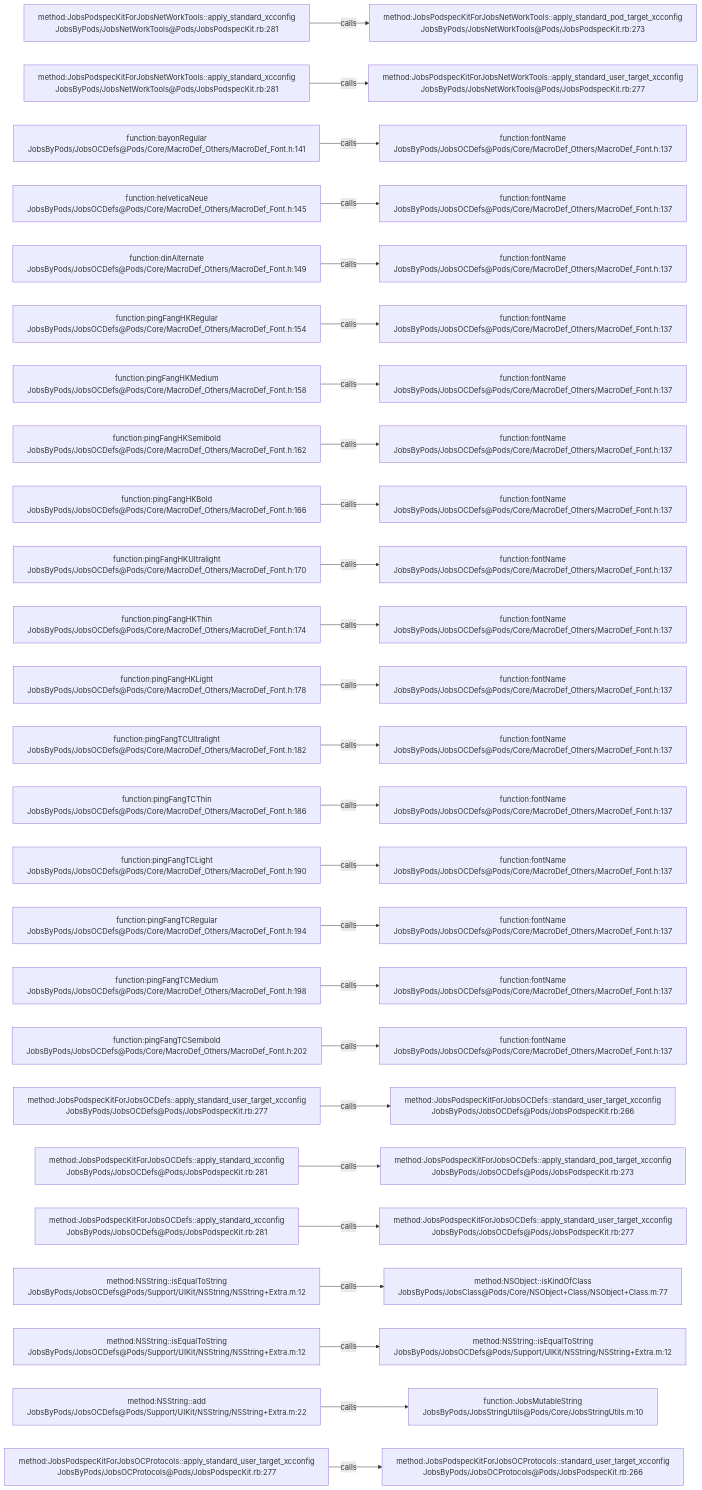
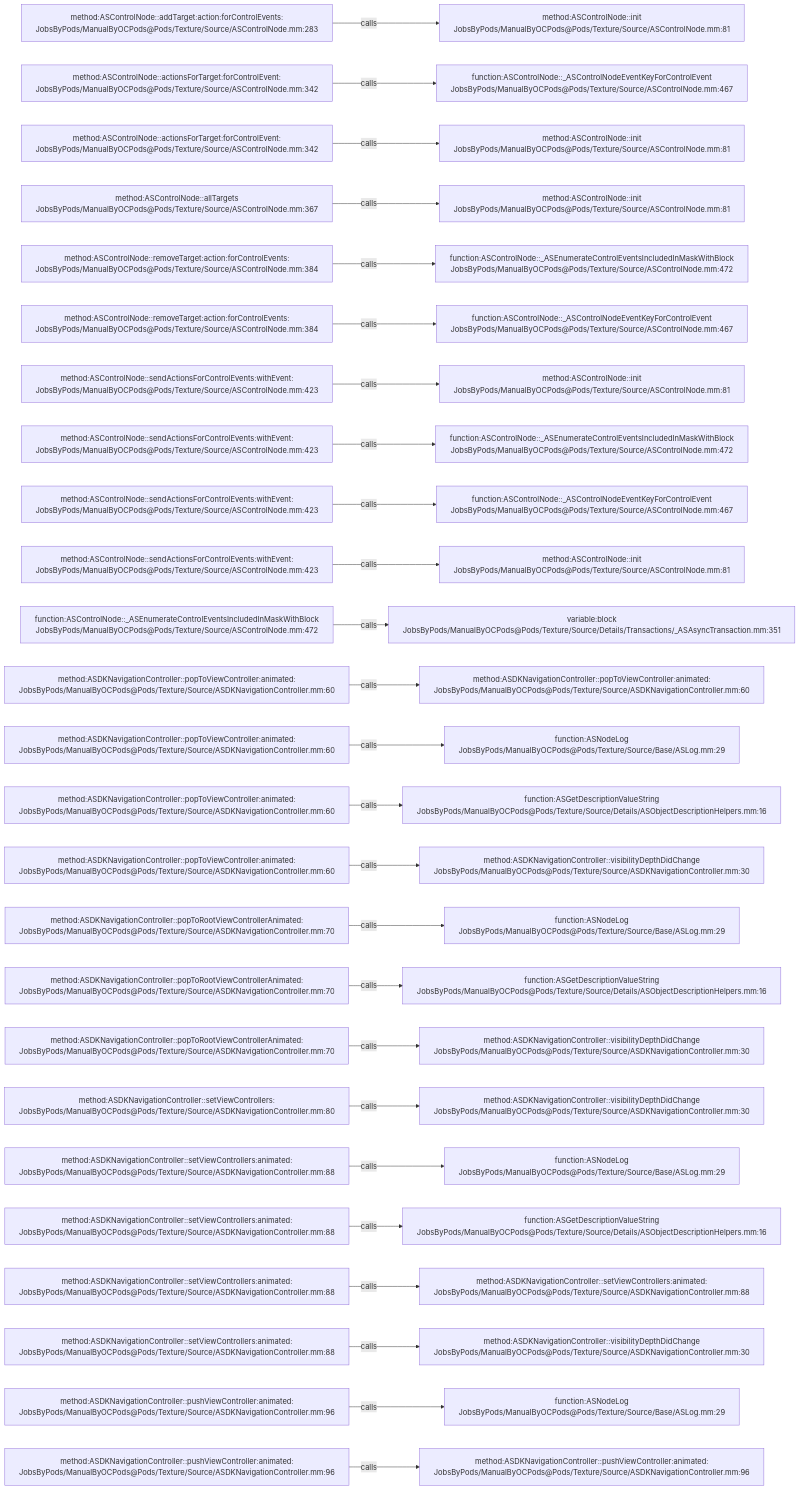
Before and after one commit to JobsKits/JobsOCBaseConfigDemo: the diagram in .codegraph/codegraph.md/graphs/calls-095.md, drawn with Mermaid. The commit also changed 2162 other files, not shown here.

````diff
--- a/.codegraph/codegraph.md/graphs/calls-095.md
+++ b/.codegraph/codegraph.md/graphs/calls-095.md
@@ -13,78 +13,78 @@
 ```mermaid
 flowchart LR
-  S1["method:JobsPodspecKitForJobsNetWorkTools::apply_standard_xcconfig<br/>JobsByPods/JobsNetWorkTools@Pods/JobsPodspecKit.rb:281"]
-  T1["method:JobsPodspecKitForJobsNetWorkTools::apply_standard_pod_target_xcconfig<br/>JobsByPods/JobsNetWorkTools@Pods/JobsPodspecKit.rb:273"]
+  S1["method:ASControlNode::addTarget:action:forControlEvents:<br/>JobsByPods/ManualByOCPods@Pods/Texture/Source/ASControlNode.mm:283"]
+  T1["method:ASControlNode::init<br/>JobsByPods/ManualByOCPods@Pods/Texture/Source/ASControlNode.mm:81"]
   S1 -->|calls| T1
-  S2["method:JobsPodspecKitForJobsNetWorkTools::apply_standard_xcconfig<br/>JobsByPods/JobsNetWorkTools@Pods/JobsPodspecKit.rb:281"]
-  T2["method:JobsPodspecKitForJobsNetWorkTools::apply_standard_user_target_xcconfig<br/>JobsByPods/JobsNetWorkTools@Pods/JobsPodspecKit.rb:277"]
+  S2["method:ASControlNode::actionsForTarget:forControlEvent:<br/>JobsByPods/ManualByOCPods@Pods/Texture/Source/ASControlNode.mm:342"]
+  T2["function:ASControlNode::_ASControlNodeEventKeyForControlEvent<br/>JobsByPods/ManualByOCPods@Pods/Texture/Source/ASControlNode.mm:467"]
   S2 -->|calls| T2
-  S3["function:bayonRegular<br/>JobsByPods/JobsOCDefs@Pods/Core/MacroDef_Others/MacroDef_Font.h:141"]
-  T3["function:fontName<br/>JobsByPods/JobsOCDefs@Pods/Core/MacroDef_Others/MacroDef_Font.h:137"]
+  S3["method:ASControlNode::actionsForTarget:forControlEvent:<br/>JobsByPods/ManualByOCPods@Pods/Texture/Source/ASControlNode.mm:342"]
+  T3["method:ASControlNode::init<br/>JobsByPods/ManualByOCPods@Pods/Texture/Source/ASControlNode.mm:81"]
   S3 -->|calls| T3
-  S4["function:helveticaNeue<br/>JobsByPods/JobsOCDefs@Pods/Core/MacroDef_Others/MacroDef_Font.h:145"]
-  T4["function:fontName<br/>JobsByPods/JobsOCDefs@Pods/Core/MacroDef_Others/MacroDef_Font.h:137"]
+  S4["method:ASControlNode::allTargets<br/>JobsByPods/ManualByOCPods@Pods/Texture/Source/ASControlNode.mm:367"]
+  T4["method:ASControlNode::init<br/>JobsByPods/ManualByOCPods@Pods/Texture/Source/ASControlNode.mm:81"]
   S4 -->|calls| T4
-  S5["function:dinAlternate<br/>JobsByPods/JobsOCDefs@Pods/Core/MacroDef_Others/MacroDef_Font.h:149"]
-  T5["function:fontName<br/>JobsByPods/JobsOCDefs@Pods/Core/MacroDef_Others/MacroDef_Font.h:137"]
+  S5["method:ASControlNode::removeTarget:action:forControlEvents:<br/>JobsByPods/ManualByOCPods@Pods/Texture/Source/ASControlNode.mm:384"]
+  T5["function:ASControlNode::_ASEnumerateControlEventsIncludedInMaskWithBlock<br/>JobsByPods/ManualByOCPods@Pods/Texture/Source/ASControlNode.mm:472"]
   S5 -->|calls| T5
-  S6["function:pingFangHKRegular<br/>JobsByPods/JobsOCDefs@Pods/Core/MacroDef_Others/MacroDef_Font.h:154"]
-  T6["function:fontName<br/>JobsByPods/JobsOCDefs@Pods/Core/MacroDef_Others/MacroDef_Font.h:137"]
+  S6["method:ASControlNode::removeTarget:action:forControlEvents:<br/>JobsByPods/ManualByOCPods@Pods/Texture/Source/ASControlNode.mm:384"]
+  T6["function:ASControlNode::_ASControlNodeEventKeyForControlEvent<br/>JobsByPods/ManualByOCPods@Pods/Texture/Source/ASControlNode.mm:467"]
   S6 -->|calls| T6
-  S7["function:pingFangHKMedium<br/>JobsByPods/JobsOCDefs@Pods/Core/MacroDef_Others/MacroDef_Font.h:158"]
-  T7["function:fontName<br/>JobsByPods/JobsOCDefs@Pods/Core/MacroDef_Others/MacroDef_Font.h:137"]
+  S7["method:ASControlNode::sendActionsForControlEvents:withEvent:<br/>JobsByPods/ManualByOCPods@Pods/Texture/Source/ASControlNode.mm:423"]
+  T7["method:ASControlNode::init<br/>JobsByPods/ManualByOCPods@Pods/Texture/Source/ASControlNode.mm:81"]
   S7 -->|calls| T7
-  S8["function:pingFangHKSemibold<br/>JobsByPods/JobsOCDefs@Pods/Core/MacroDef_Others/MacroDef_Font.h:162"]
-  T8["function:fontName<br/>JobsByPods/JobsOCDefs@Pods/Core/MacroDef_Others/MacroDef_Font.h:137"]
+  S8["method:ASControlNode::sendActionsForControlEvents:withEvent:<br/>JobsByPods/ManualByOCPods@Pods/Texture/Source/ASControlNode.mm:423"]
+  T8["function:ASControlNode::_ASEnumerateControlEventsIncludedInMaskWithBlock<br/>JobsByPods/ManualByOCPods@Pods/Texture/Source/ASControlNode.mm:472"]
   S8 -->|calls| T8
-  S9["function:pingFangHKBold<br/>JobsByPods/JobsOCDefs@Pods/Core/MacroDef_Others/MacroDef_Font.h:166"]
-  T9["function:fontName<br/>JobsByPods/JobsOCDefs@Pods/Core/MacroDef_Others/MacroDef_Font.h:137"]
+  S9["method:ASControlNode::sendActionsForControlEvents:withEvent:<br/>JobsByPods/ManualByOCPods@Pods/Texture/Source/ASControlNode.mm:423"]
+  T9["function:ASControlNode::_ASControlNodeEventKeyForControlEvent<br/>JobsByPods/ManualByOCPods@Pods/Texture/Source/ASControlNode.mm:467"]
   S9 -->|calls| T9
-  S10["function:pingFangHKUltralight<br/>JobsByPods/JobsOCDefs@Pods/Core/MacroDef_Others/MacroDef_Font.h:170"]
-  T10["function:fontName<br/>JobsByPods/JobsOCDefs@Pods/Core/MacroDef_Others/MacroDef_Font.h:137"]
+  S10["method:ASControlNode::sendActionsForControlEvents:withEvent:<br/>JobsByPods/ManualByOCPods@Pods/Texture/Source/ASControlNode.mm:423"]
+  T10["method:ASControlNode::init<br/>JobsByPods/ManualByOCPods@Pods/Texture/Source/ASControlNode.mm:81"]
   S10 -->|calls| T10
-  S11["function:pingFangHKThin<br/>JobsByPods/JobsOCDefs@Pods/Core/MacroDef_Others/MacroDef_Font.h:174"]
-  T11["function:fontName<br/>JobsByPods/JobsOCDefs@Pods/Core/MacroDef_Others/MacroDef_Font.h:137"]
+  S11["function:ASControlNode::_ASEnumerateControlEventsIncludedInMaskWithBlock<br/>JobsByPods/ManualByOCPods@Pods/Texture/Source/ASControlNode.mm:472"]
+  T11["variable:block<br/>JobsByPods/ManualByOCPods@Pods/Texture/Source/Details/Transactions/_ASAsyncTransaction.mm:351"]
   S11 -->|calls| T11
-  S12["function:pingFangHKLight<br/>JobsByPods/JobsOCDefs@Pods/Core/MacroDef_Others/MacroDef_Font.h:178"]
-  T12["function:fontName<br/>JobsByPods/JobsOCDefs@Pods/Core/MacroDef_Others/MacroDef_Font.h:137"]
+  S12["method:ASDKNavigationController::popToViewController:animated:<br/>JobsByPods/ManualByOCPods@Pods/Texture/Source/ASDKNavigationController.mm:60"]
+  T12["method:ASDKNavigationController::popToViewController:animated:<br/>JobsByPods/ManualByOCPods@Pods/Texture/Source/ASDKNavigationController.mm:60"]
   S12 -->|calls| T12
-  S13["function:pingFangTCUltralight<br/>JobsByPods/JobsOCDefs@Pods/Core/MacroDef_Others/MacroDef_Font.h:182"]
-  T13["function:fontName<br/>JobsByPods/JobsOCDefs@Pods/Core/MacroDef_Others/MacroDef_Font.h:137"]
+  S13["method:ASDKNavigationController::popToViewController:animated:<br/>JobsByPods/ManualByOCPods@Pods/Texture/Source/ASDKNavigationController.mm:60"]
+  T13["function:ASNodeLog<br/>JobsByPods/ManualByOCPods@Pods/Texture/Source/Base/ASLog.mm:29"]
   S13 -->|calls| T13
-  S14["function:pingFangTCThin<br/>JobsByPods/JobsOCDefs@Pods/Core/MacroDef_Others/MacroDef_Font.h:186"]
-  T14["function:fontName<br/>JobsByPods/JobsOCDefs@Pods/Core/MacroDef_Others/MacroDef_Font.h:137"]
+  S14["method:ASDKNavigationController::popToViewController:animated:<br/>JobsByPods/ManualByOCPods@Pods/Texture/Source/ASDKNavigationController.mm:60"]
+  T14["function:ASGetDescriptionValueString<br/>JobsByPods/ManualByOCPods@Pods/Texture/Source/Details/ASObjectDescriptionHelpers.mm:16"]
   S14 -->|calls| T14
-  S15["function:pingFangTCLight<br/>JobsByPods/JobsOCDefs@Pods/Core/MacroDef_Others/MacroDef_Font.h:190"]
-  T15["function:fontName<br/>JobsByPods/JobsOCDefs@Pods/Core/MacroDef_Others/MacroDef_Font.h:137"]
+  S15["method:ASDKNavigationController::popToViewController:animated:<br/>JobsByPods/ManualByOCPods@Pods/Texture/Source/ASDKNavigationController.mm:60"]
+  T15["method:ASDKNavigationController::visibilityDepthDidChange<br/>JobsByPods/ManualByOCPods@Pods/Texture/Source/ASDKNavigationController.mm:30"]
   S15 -->|calls| T15
-  S16["function:pingFangTCRegular<br/>JobsByPods/JobsOCDefs@Pods/Core/MacroDef_Others/MacroDef_Font.h:194"]
-  T16["function:fontName<br/>JobsByPods/JobsOCDefs@Pods/Core/MacroDef_Others/MacroDef_Font.h:137"]
+  S16["method:ASDKNavigationController::popToRootViewControllerAnimated:<br/>JobsByPods/ManualByOCPods@Pods/Texture/Source/ASDKNavigationController.mm:70"]
+  T16["function:ASNodeLog<br/>JobsByPods/ManualByOCPods@Pods/Texture/Source/Base/ASLog.mm:29"]
   S16 -->|calls| T16
-  S17["function:pingFangTCMedium<br/>JobsByPods/JobsOCDefs@Pods/Core/MacroDef_Others/MacroDef_Font.h:198"]
-  T17["function:fontName<br/>JobsByPods/JobsOCDefs@Pods/Core/MacroDef_Others/MacroDef_Font.h:137"]
+  S17["method:ASDKNavigationController::popToRootViewControllerAnimated:<br/>JobsByPods/ManualByOCPods@Pods/Texture/Source/ASDKNavigationController.mm:70"]
+  T17["function:ASGetDescriptionValueString<br/>JobsByPods/ManualByOCPods@Pods/Texture/Source/Details/ASObjectDescriptionHelpers.mm:16"]
   S17 -->|calls| T17
-  S18["function:pingFangTCSemibold<br/>JobsByPods/JobsOCDefs@Pods/Core/MacroDef_Others/MacroDef_Font.h:202"]
-  T18["function:fontName<br/>JobsByPods/JobsOCDefs@Pods/Core/MacroDef_Others/MacroDef_Font.h:137"]
+  S18["method:ASDKNavigationController::popToRootViewControllerAnimated:<br/>JobsByPods/ManualByOCPods@Pods/Texture/Source/ASDKNavigationController.mm:70"]
+  T18["method:ASDKNavigationController::visibilityDepthDidChange<br/>JobsByPods/ManualByOCPods@Pods/Texture/Source/ASDKNavigationController.mm:30"]
   S18 -->|calls| T18
-  S19["method:JobsPodspecKitForJobsOCDefs::apply_standard_user_target_xcconfig<br/>JobsByPods/JobsOCDefs@Pods/JobsPodspecKit.rb:277"]
-  T19["method:JobsPodspecKitForJobsOCDefs::standard_user_target_xcconfig<br/>JobsByPods/JobsOCDefs@Pods/JobsPodspecKit.rb:266"]
+  S19["method:ASDKNavigationController::setViewControllers:<br/>JobsByPods/ManualByOCPods@Pods/Texture/Source/ASDKNavigationController.mm:80"]
+  T19["method:ASDKNavigationController::visibilityDepthDidChange<br/>JobsByPods/ManualByOCPods@Pods/Texture/Source/ASDKNavigationController.mm:30"]
   S19 -->|calls| T19
-  S20["method:JobsPodspecKitForJobsOCDefs::apply_standard_xcconfig<br/>JobsByPods/JobsOCDefs@Pods/JobsPodspecKit.rb:281"]
-  T20["method:JobsPodspecKitForJobsOCDefs::apply_standard_pod_target_xcconfig<br/>JobsByPods/JobsOCDefs@Pods/JobsPodspecKit.rb:273"]
+  S20["method:ASDKNavigationController::setViewControllers:animated:<br/>JobsByPods/ManualByOCPods@Pods/Texture/Source/ASDKNavigationController.mm:88"]
+  T20["function:ASNodeLog<br/>JobsByPods/ManualByOCPods@Pods/Texture/Source/Base/ASLog.mm:29"]
   S20 -->|calls| T20
-  S21["method:JobsPodspecKitForJobsOCDefs::apply_standard_xcconfig<br/>JobsByPods/JobsOCDefs@Pods/JobsPodspecKit.rb:281"]
-  T21["method:JobsPodspecKitForJobsOCDefs::apply_standard_user_target_xcconfig<br/>JobsByPods/JobsOCDefs@Pods/JobsPodspecKit.rb:277"]
+  S21["method:ASDKNavigationController::setViewControllers:animated:<br/>JobsByPods/ManualByOCPods@Pods/Texture/Source/ASDKNavigationController.mm:88"]
+  T21["function:ASGetDescriptionValueString<br/>JobsByPods/ManualByOCPods@Pods/Texture/Source/Details/ASObjectDescriptionHelpers.mm:16"]
   S21 -->|calls| T21
-  S22["method:NSString::isEqualToString<br/>JobsByPods/JobsOCDefs@Pods/Support/UIKit/NSString/NSString+Extra.m:12"]
-  T22["method:NSObject::isKindOfClass<br/>JobsByPods/JobsClass@Pods/Core/NSObject+Class/NSObject+Class.m:77"]
+  S22["method:ASDKNavigationController::setViewControllers:animated:<br/>JobsByPods/ManualByOCPods@Pods/Texture/Source/ASDKNavigationController.mm:88"]
+  T22["method:ASDKNavigationController::setViewControllers:animated:<br/>JobsByPods/ManualByOCPods@Pods/Texture/Source/ASDKNavigationController.mm:88"]
   S22 -->|calls| T22
-  S23["method:NSString::isEqualToString<br/>JobsByPods/JobsOCDefs@Pods/Support/UIKit/NSString/NSString+Extra.m:12"]
-  T23["method:NSString::isEqualToString<br/>JobsByPods/JobsOCDefs@Pods/Support/UIKit/NSString/NSString+Extra.m:12"]
+  S23["method:ASDKNavigationController::setViewControllers:animated:<br/>JobsByPods/ManualByOCPods@Pods/Texture/Source/ASDKNavigationController.mm:88"]
+  T23["method:ASDKNavigationController::visibilityDepthDidChange<br/>JobsByPods/ManualByOCPods@Pods/Texture/Source/ASDKNavigationController.mm:30"]
   S23 -->|calls| T23
-  S24["method:NSString::add<br/>JobsByPods/JobsOCDefs@Pods/Support/UIKit/NSString/NSString+Extra.m:22"]
-  T24["function:JobsMutableString<br/>JobsByPods/JobsStringUtils@Pods/Core/JobsStringUtils.m:10"]
+  S24["method:ASDKNavigationController::pushViewController:animated:<br/>JobsByPods/ManualByOCPods@Pods/Texture/Source/ASDKNavigationController.mm:96"]
+  T24["function:ASNodeLog<br/>JobsByPods/ManualByOCPods@Pods/Texture/Source/Base/ASLog.mm:29"]
   S24 -->|calls| T24
-  S25["method:JobsPodspecKitForJobsOCProtocols::apply_standard_user_target_xcconfig<br/>JobsByPods/JobsOCProtocols@Pods/JobsPodspecKit.rb:277"]
-  T25["method:JobsPodspecKitForJobsOCProtocols::standard_user_target_xcconfig<br/>JobsByPods/JobsOCProtocols@Pods/JobsPodspecKit.rb:266"]
+  S25["method:ASDKNavigationController::pushViewController:animated:<br/>JobsByPods/ManualByOCPods@Pods/Texture/Source/ASDKNavigationController.mm:96"]
+  T25["method:ASDKNavigationController::pushViewController:animated:<br/>JobsByPods/ManualByOCPods@Pods/Texture/Source/ASDKNavigationController.mm:96"]
   S25 -->|calls| T25
 ```
````
